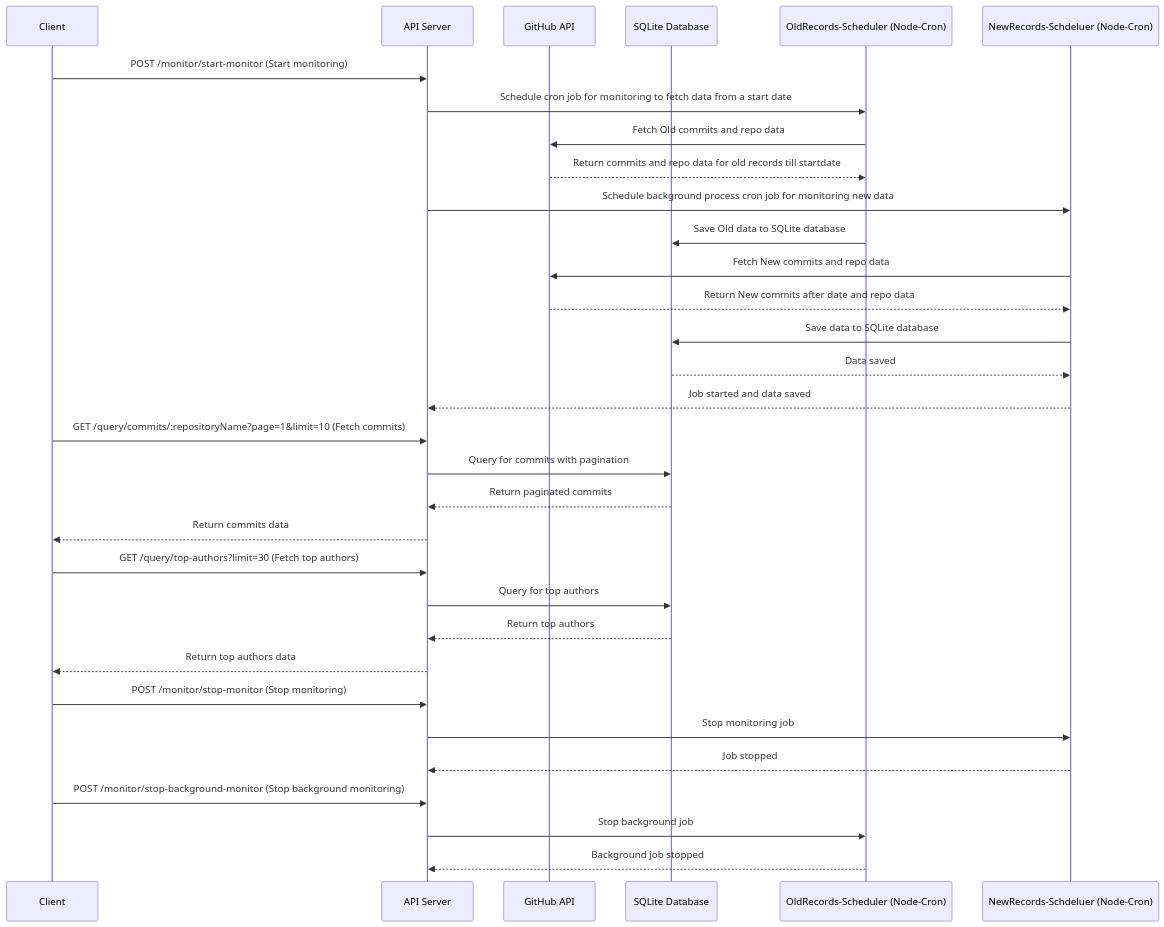
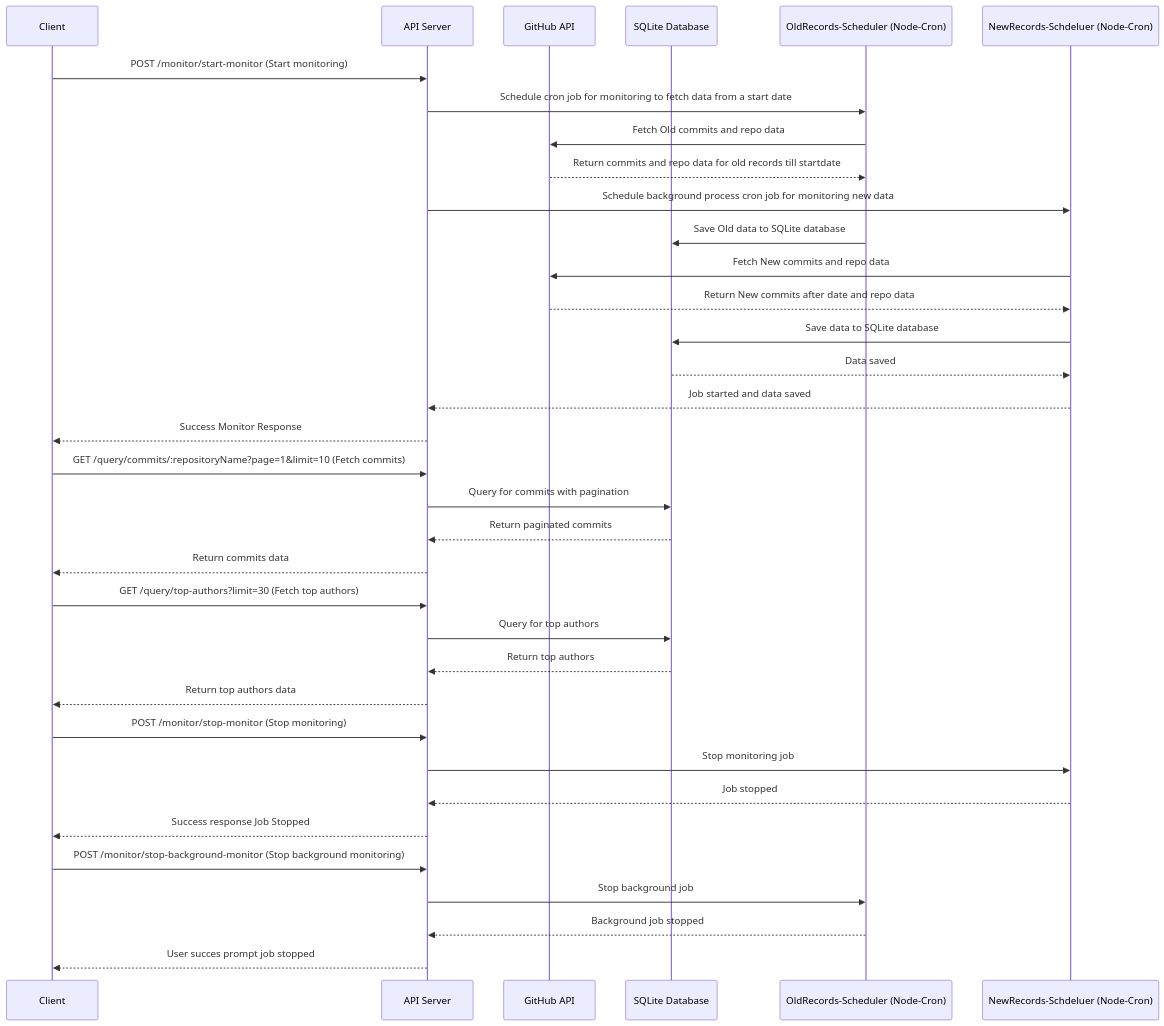
The diagram in README.md (CaesarBourne/GithubFetchService), drawn with Mermaid before and after one commit.

Commit message:
readme updated with user response

````diff
--- a/README.md
+++ b/README.md
@@ -398,39 +398,42 @@
 ```mermaid
 sequenceDiagram
     participant Client
     participant APIServer as API Server
     participant GitHubAPI as GitHub API
     participant Database as SQLite Database
     participant  Back-Cron as OldRecords-Scheduler (Node-Cron)
     participant Cron as NewRecords-Schdeluer (Node-Cron)
 
     Client->>APIServer: POST /monitor/start-monitor (Start monitoring)
     APIServer->>Back-Cron: Schedule cron job for monitoring to fetch data from a start date
     Back-Cron->>GitHubAPI: Fetch Old commits and repo data
     GitHubAPI-->>Back-Cron: Return commits and repo data for old records till startdate
     APIServer->>Cron: Schedule background process cron job for monitoring new data
     Back-Cron->>Database: Save Old data to SQLite database
     Cron->>GitHubAPI: Fetch New commits and repo data
     GitHubAPI-->>Cron: Return New commits after date and repo data
     Cron->>Database: Save data to SQLite database
     Database-->>Cron: Data saved
     Cron-->>APIServer: Job started and data saved
+    APIServer-->>Client: Success Monitor Response
 
     Client->>APIServer: GET /query/commits/:repositoryName?page=1&limit=10 (Fetch commits)
     APIServer->>Database: Query for commits with pagination
     Database-->>APIServer: Return paginated commits
     APIServer-->>Client: Return commits data
 
     Client->>APIServer: GET /query/top-authors?limit=30 (Fetch top authors)
     APIServer->>Database: Query for top authors
     Database-->>APIServer: Return top authors
     APIServer-->>Client: Return top authors data
 
     Client->>APIServer: POST /monitor/stop-monitor (Stop monitoring)
     APIServer->>Cron: Stop monitoring job
     Cron-->>APIServer: Job stopped
+    APIServer-->>Client: Success response Job Stopped
 
     Client->>APIServer: POST /monitor/stop-background-monitor (Stop background monitoring)
     APIServer->>Back-Cron: Stop background job
     Back-Cron-->>APIServer: Background job stopped
+    APIServer-->>Client: User succes prompt job stopped
 ```
````
